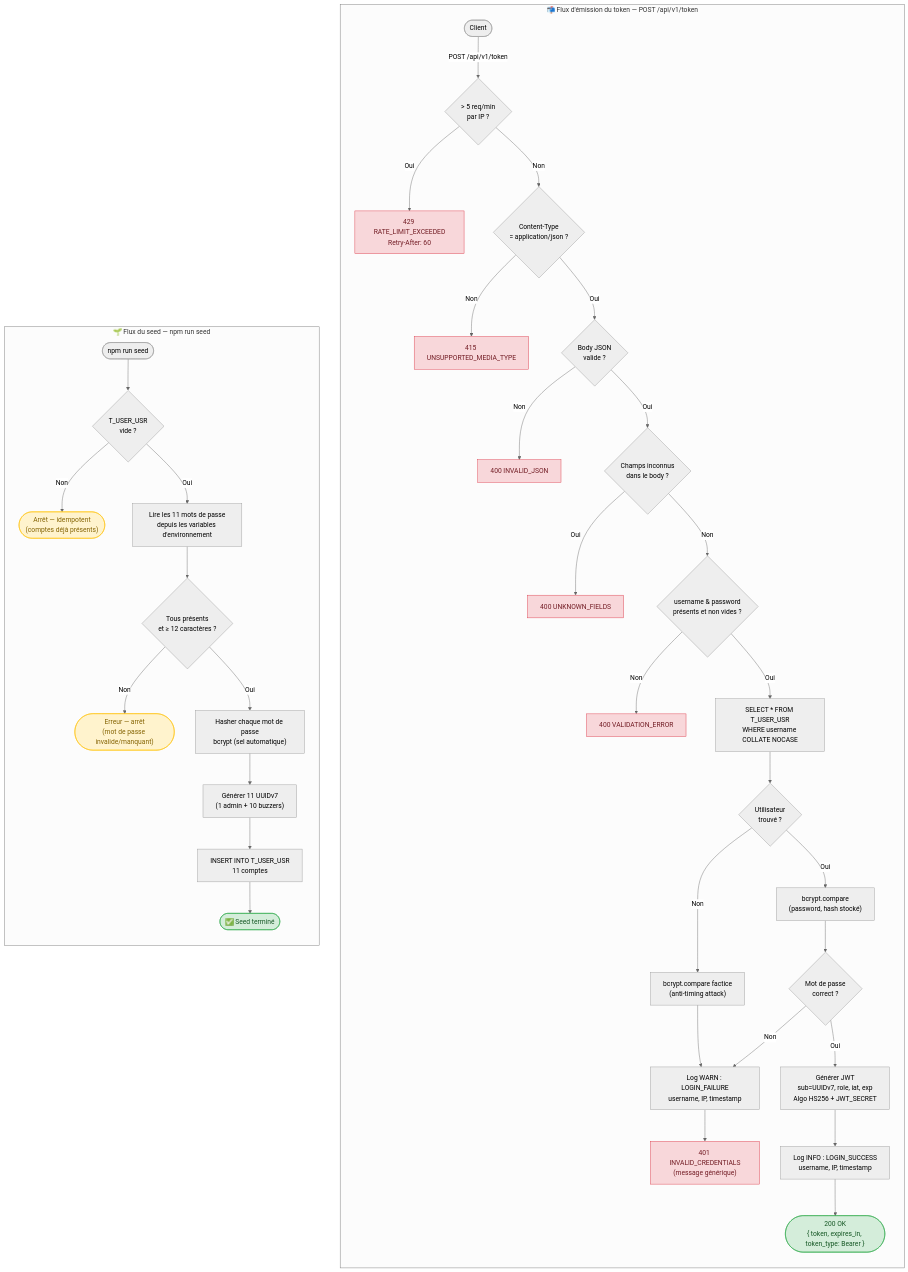
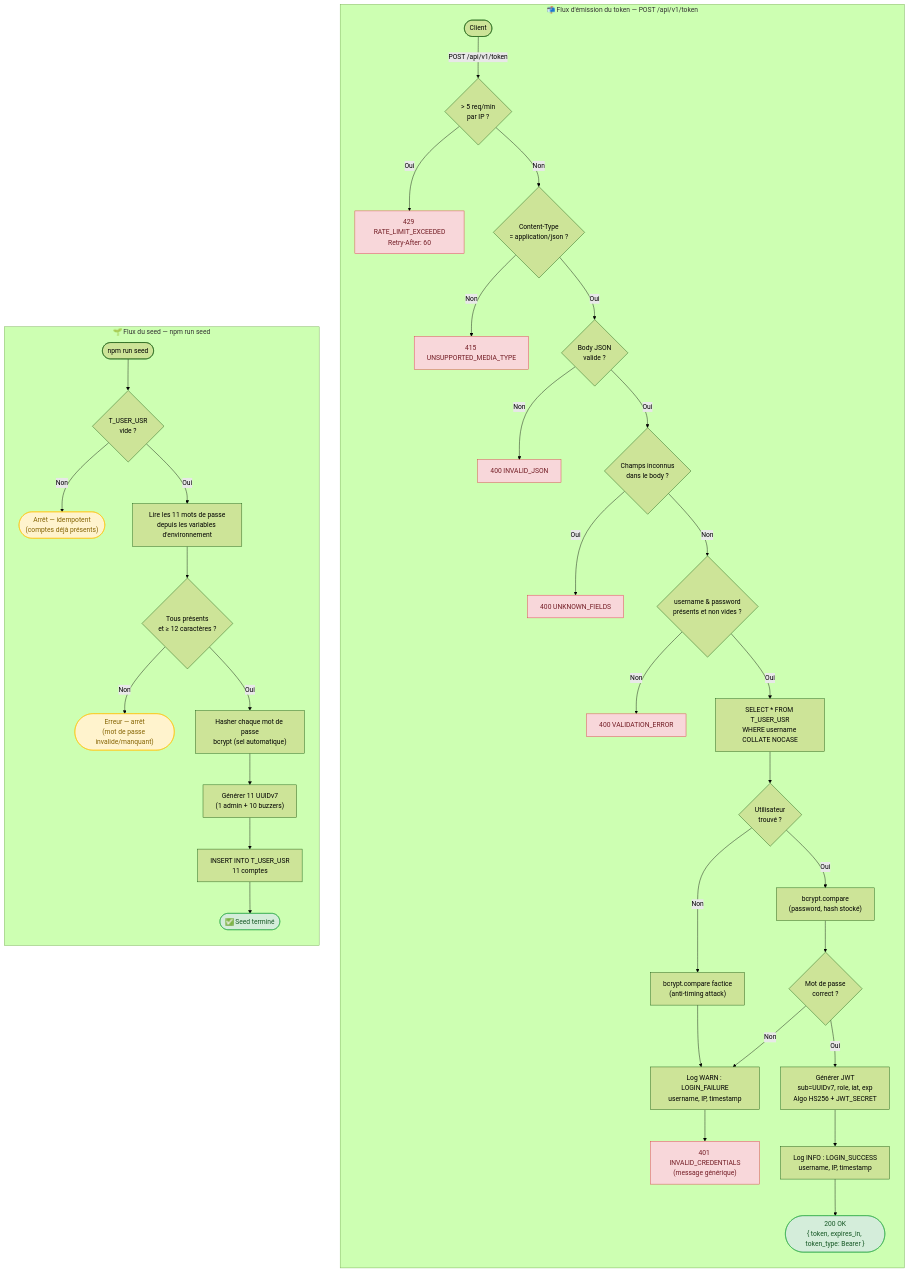
Before and after one commit to ODehel/quiz-buzzer-docs: the diagram in diagrams/US-002-authentication-token.mmd, drawn with Mermaid. The commit also changed 29 other files, not shown here.

Commit message:
Add cover pages, green forest diagrams, and KISS/DRY/YAGNI/SOLID callout to all 6 US

```diff
--- a/diagrams/US-002-authentication-token.mmd
+++ b/diagrams/US-002-authentication-token.mmd
@@ -1,48 +1,48 @@
-%%{init: {"theme": "neutral", "flowchart": {"curve": "basis"}}}%%
+%%{init: {"theme": "forest", "flowchart": {"curve": "basis"}}}%%
 flowchart TD
     subgraph TOKEN["📬 Flux d'émission du token — POST /api/v1/token"]
         direction TB
         REQ(["Client"]) -->|"POST /api/v1/token"| RL
         RL{"> 5 req/min\npar IP ?"}
         RL -->|"Oui"| E429["429 RATE_LIMIT_EXCEEDED\nRetry-After: 60"]
         RL -->|"Non"| CT{"Content-Type\n= application/json ?"}
         CT -->|"Non"| E415["415 UNSUPPORTED_MEDIA_TYPE"]
         CT -->|"Oui"| J{"Body JSON\nvalide ?"}
         J -->|"Non"| E400a["400 INVALID_JSON"]
         J -->|"Oui"| UF{"Champs inconnus\ndans le body ?"}
         UF -->|"Oui"| E400b["400 UNKNOWN_FIELDS"]
         UF -->|"Non"| FIELDS{"username & password\nprésents et non vides ?"}
         FIELDS -->|"Non"| E400c["400 VALIDATION_ERROR"]
         FIELDS -->|"Oui"| DB["SELECT * FROM T_USER_USR\nWHERE username COLLATE NOCASE"]
         DB --> UEXIST{"Utilisateur\ntrouvé ?"}
         UEXIST -->|"Non"| FAKE["bcrypt.compare factice\n(anti-timing attack)"]
         FAKE --> LOGFAIL["Log WARN : LOGIN_FAILURE\nusername, IP, timestamp"]
         LOGFAIL --> E401["401 INVALID_CREDENTIALS\n(message générique)"]
         UEXIST -->|"Oui"| BC["bcrypt.compare\n(password, hash stocké)"]
         BC --> MATCH{"Mot de passe\ncorrect ?"}
         MATCH -->|"Non"| LOGFAIL
         MATCH -->|"Oui"| GEN["Générer JWT\nsub=UUIDv7, role, iat, exp\nAlgo HS256 + JWT_SECRET"]
         GEN --> LOGOK["Log INFO : LOGIN_SUCCESS\nusername, IP, timestamp"]
         LOGOK --> OK(["200 OK\n{ token, expires_in, token_type: Bearer }"])
     end
 
     subgraph SEED["🌱 Flux du seed — npm run seed"]
         direction TB
         NS(["npm run seed"]) --> SC{"T_USER_USR\nvide ?"}
         SC -->|"Non"| SKIP(["Arrêt — idempotent\n(comptes déjà présents)"])
         SC -->|"Oui"| LOAD["Lire les 11 mots de passe\ndepuis les variables d'environnement"]
         LOAD --> PWD{"Tous présents\net ≥ 12 caractères ?"}
         PWD -->|"Non"| PERR(["Erreur — arrêt\n(mot de passe invalide/manquant)"])
         PWD -->|"Oui"| HASH["Hasher chaque mot de passe\nbcrypt (sel automatique)"]
         HASH --> UUID["Générer 11 UUIDv7\n(1 admin + 10 buzzers)"]
         UUID --> INSERT["INSERT INTO T_USER_USR\n11 comptes"]
         INSERT --> DONE(["✅ Seed terminé"])
     end
 
     classDef error fill:#f8d7da,stroke:#dc3545,color:#721c24
     classDef success fill:#d4edda,stroke:#28a745,color:#155724
     classDef info fill:#cce5ff,stroke:#004085,color:#004085
     classDef warning fill:#fff3cd,stroke:#ffc107,color:#856404
     class E429,E415,E400a,E400b,E400c,E401 error
     class OK,DONE success
     class SKIP,PERR warning
```
